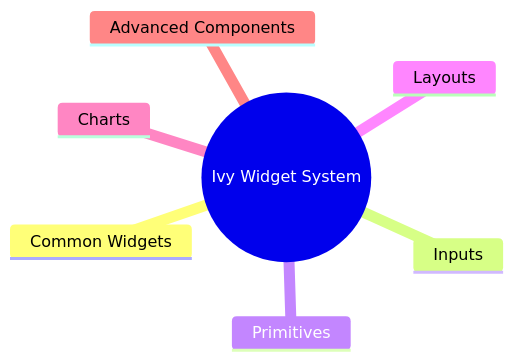
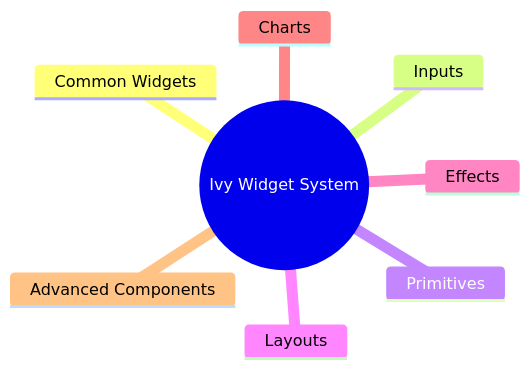
Before and after one commit to svetlana-soboleva/Ivy-Framework: the first of 6 diagrams in Ivy.Docs.Shared/Docs/01_Onboarding/02_Concepts/Widgets.md, drawn with Mermaid. The commit also changed other lines of this file and 1 other file, not shown here.

````diff
--- a/Ivy.Docs.Shared/Docs/01_Onboarding/02_Concepts/Widgets.md
+++ b/Ivy.Docs.Shared/Docs/01_Onboarding/02_Concepts/Widgets.md
@@ -28,10 +28,11 @@
 ```mermaid
 mindmap
   root((Ivy Widget System))
     Common Widgets
     Inputs
     Primitives
     Layouts
+    Effects
     Charts
     Advanced Components
 ```
````
